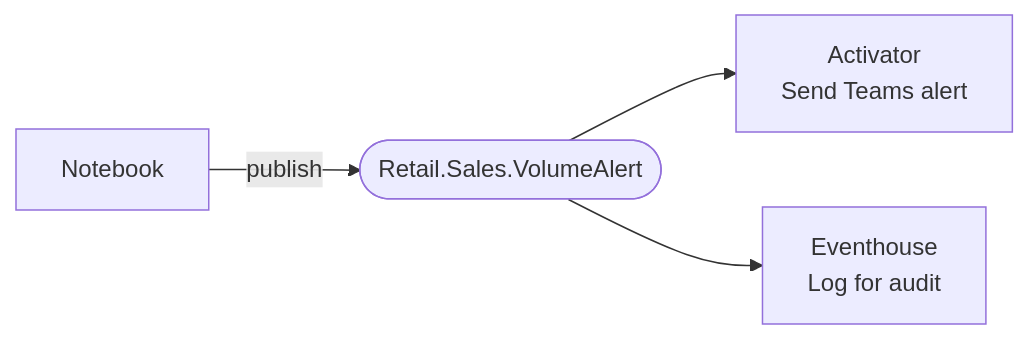
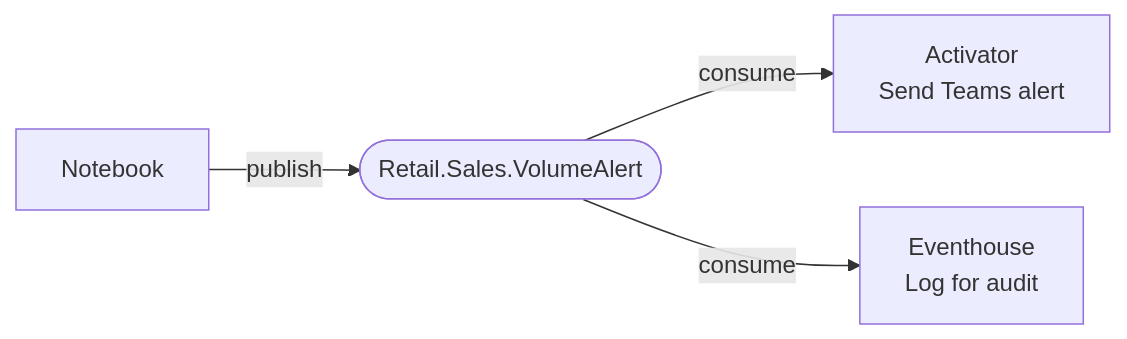
The third of 3 diagrams in docs/business-events/introduction/architecture-overview.md (microsoft/fabric-events), drawn with Mermaid before and after one commit. The commit also changed other lines of this file and 6 other files, not shown here.

````diff
--- a/docs/business-events/introduction/architecture-overview.md
+++ b/docs/business-events/introduction/architecture-overview.md
@@ -82,6 +82,6 @@
 ```mermaid
 flowchart LR
     NB[Notebook] -->|publish| BE([Retail.Sales.VolumeAlert])
-    BE --> ACT[Activator\nSend Teams alert]
-    BE --> EH[Eventhouse\nLog for audit]
+    BE -->|consume| ACT[Activator\nSend Teams alert]
+    BE -->|consume| EH[Eventhouse\nLog for audit]
 ```
````
